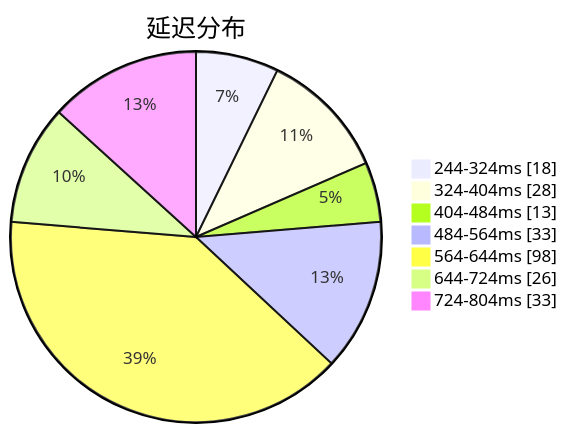
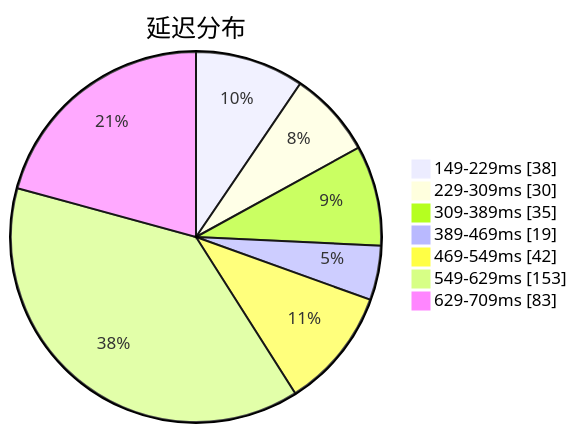
One commit to qjlxg/airport changed the first of 3 diagrams in subs/statistics/tested_within.md. Above: the diagram before and after it, drawn with Mermaid. The commit also changed other lines of this file and 2 other files, not shown here.

Commit message:
Tested by metaST

````diff
--- a/subs/statistics/tested_within.md
+++ b/subs/statistics/tested_within.md
@@ -2,11 +2,11 @@
 ```mermaid
 pie showData
 title 延迟分布
-"244-324ms" : 18
-"324-404ms" : 28
-"404-484ms" : 13
-"484-564ms" : 33
-"564-644ms" : 98
-"644-724ms" : 26
-"724-804ms" : 33
+"149-229ms" : 38
+"229-309ms" : 30
+"309-389ms" : 35
+"389-469ms" : 19
+"469-549ms" : 42
+"549-629ms" : 153
+"629-709ms" : 83
 ```
````
